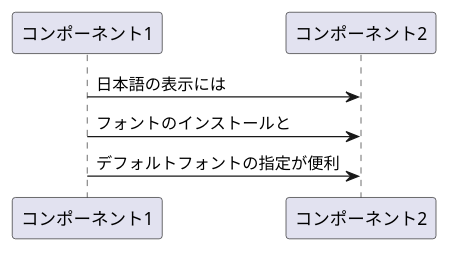
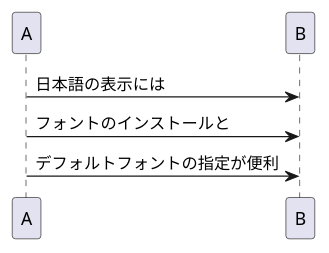
The diagram in source/sample/rst.rst (toald11/test-sphinx), drawn with PlantUML before and after one commit. The commit also changed other lines of this file, not shown here.

```diff
--- a/source/sample/rst.rst
+++ b/source/sample/rst.rst
@@ -853,7 +863,8 @@
-        .. uml:: 
-            :name: uml-example-inline
-            :caption: PlantUMLの出力例
+            .. uml:: 
+                :name: uml-example-inline
+                :scale: 100 %
+                :caption: PlantUMLの出力例
 
-            "コンポーネント1" -> "コンポーネント2" : 日本語の表示には
-            "コンポーネント1" -> "コンポーネント2" : フォントのインストールと
-            "コンポーネント1" -> "コンポーネント2" : デフォルトフォントの指定が便利
+                "A" -> "B" : 日本語の表示には
+                "A" -> "B" : フォントのインストールと
+                "A" -> "B" : デフォルトフォントの指定が便利
```
